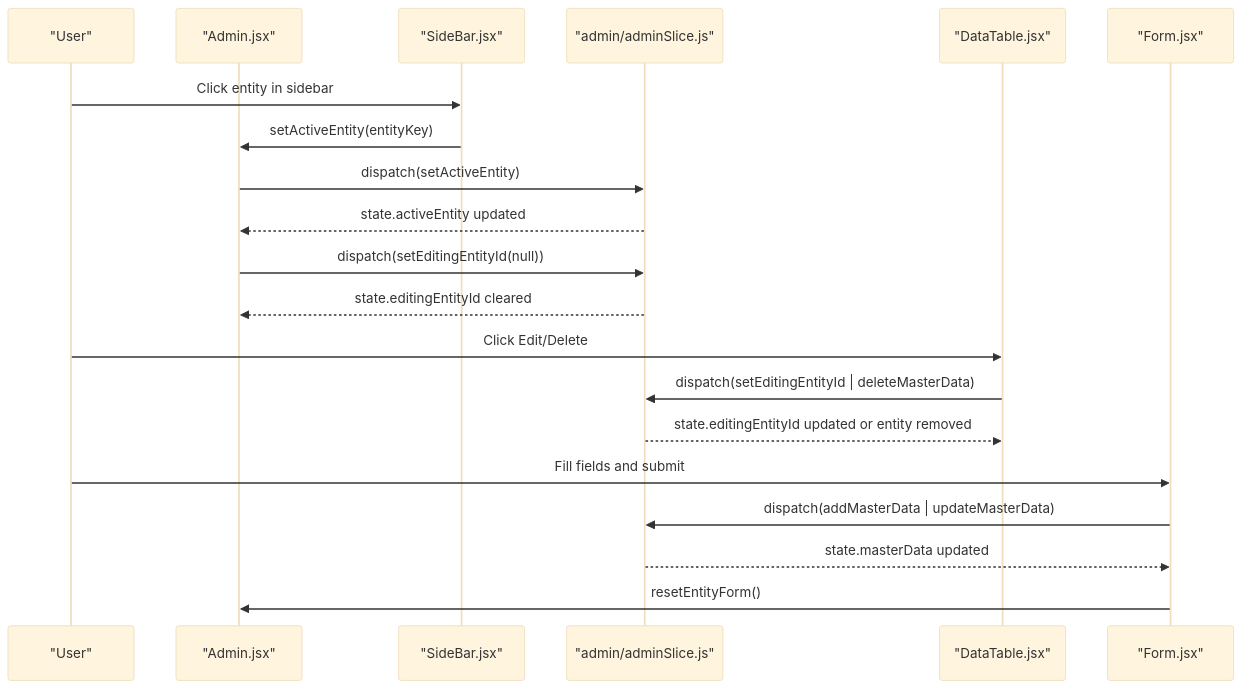
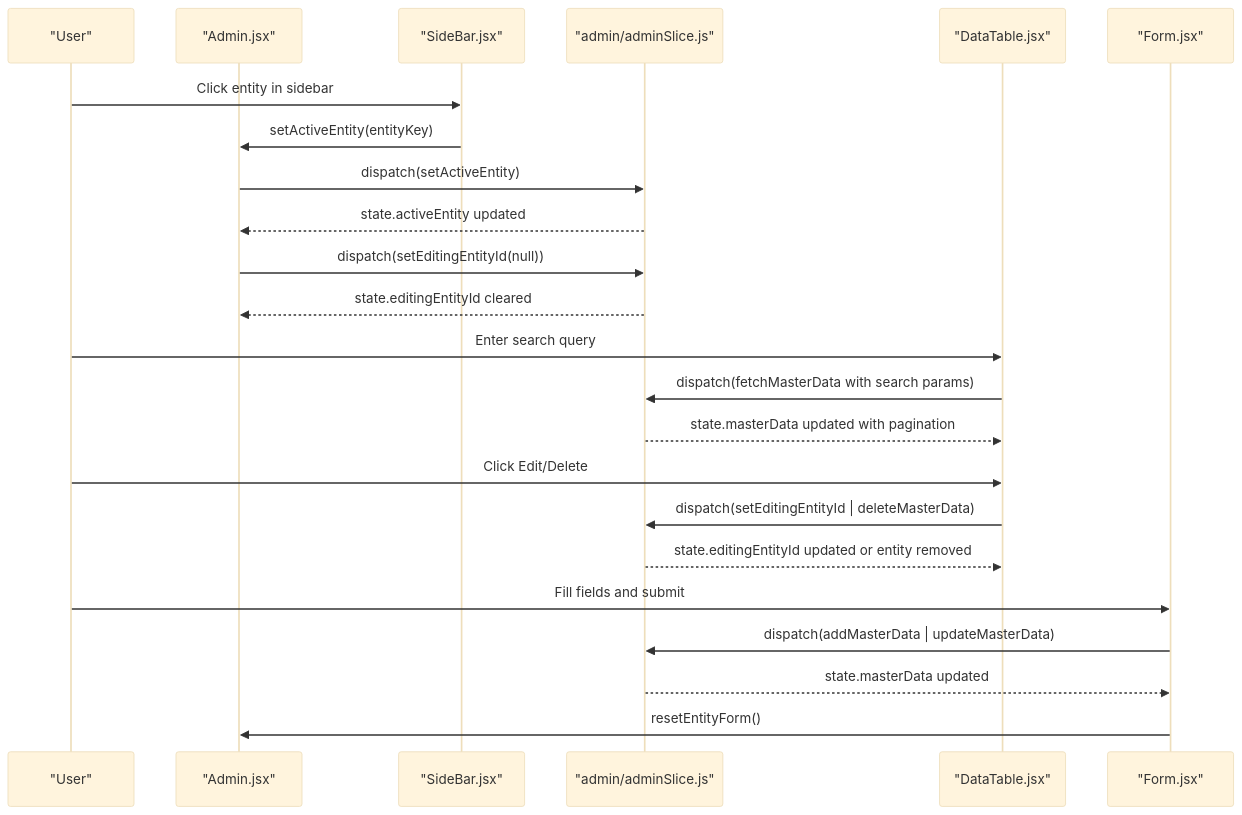
One commit to Aryan9060/Timetable-Project changed the second of 7 diagrams in .qoder/repowiki/en/content/Component Library/Dashboard Components.md. Above: the diagram before and after it, drawn with Mermaid (base theme). The commit also changed other lines of this file and 6 other files, not shown here.

First line of the commit message:
feat(master-data): add advanced pagination, search, sorting, and filtering for all entities

````diff
--- a/.qoder/repowiki/en/content/Component Library/Dashboard Components.md
+++ b/.qoder/repowiki/en/content/Component Library/Dashboard Components.md
@@ -102,22 +117,25 @@
 ```mermaid
 sequenceDiagram
 participant User as "User"
 participant Admin as "Admin.jsx"
 participant SideBar as "SideBar.jsx"
 participant Store as "admin/adminSlice.js"
 participant DataTable as "DataTable.jsx"
 participant Form as "Form.jsx"
 User->>SideBar : Click entity in sidebar
 SideBar->>Admin : setActiveEntity(entityKey)
 Admin->>Store : dispatch(setActiveEntity)
 Store-->>Admin : state.activeEntity updated
 Admin->>Store : dispatch(setEditingEntityId(null))
 Store-->>Admin : state.editingEntityId cleared
+User->>DataTable : Enter search query
+DataTable->>Store : dispatch(fetchMasterData with search params)
+Store-->>DataTable : state.masterData updated with pagination
 User->>DataTable : Click Edit/Delete
 DataTable->>Store : dispatch(setEditingEntityId | deleteMasterData)
 Store-->>DataTable : state.editingEntityId updated or entity removed
 User->>Form : Fill fields and submit
 Form->>Store : dispatch(addMasterData | updateMasterData)
 Store-->>Form : state.masterData updated
 Form->>Admin : resetEntityForm()
 ```
````
